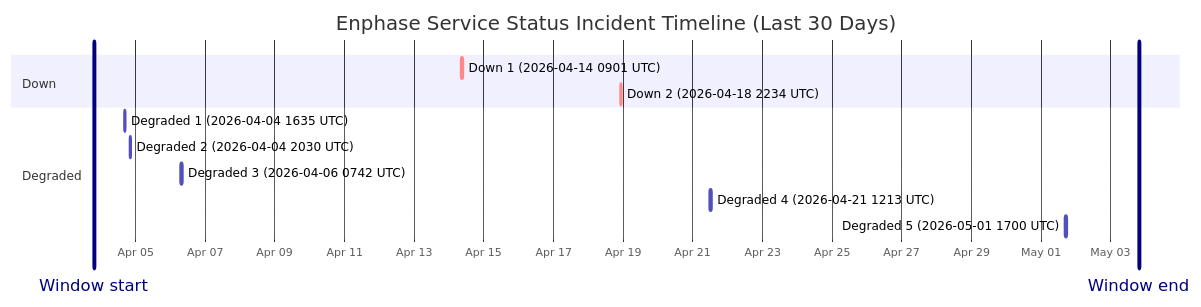
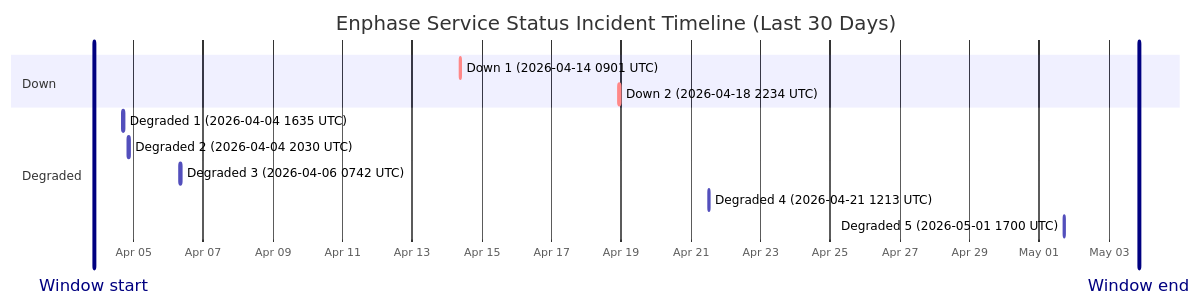
The diagram in wiki/Service-Status-History.md (barneyonline/ha-enphase-ev-charger), drawn with Mermaid before and after one commit. The commit also changed other lines of this file and 3 other files, not shown here.

````diff
--- a/wiki/Service-Status-History.md
+++ b/wiki/Service-Status-History.md
@@ -14,17 +14,17 @@
 ```mermaid
 gantt
     title Enphase Service Status Incident Timeline (Last 30 Days)
     dateFormat  YYYY-MM-DDTHH:mm:ss
     axisFormat  %b %d
-    Window start :vert, window-start, 2026-04-03T19:32:57, 0ms
-    Window end :vert, window-end, 2026-05-03T19:32:57, 0ms
+    Window start :vert, window-start, 2026-04-03T20:41:22, 0ms
+    Window end :vert, window-end, 2026-05-03T20:41:22, 0ms
     section Down
     Down 1 (2026-04-14 0901 UTC) :crit, down-1, 2026-04-14T09:01:13, 60m
     Down 2 (2026-04-18 2234 UTC) :crit, down-2, 2026-04-18T22:34:13, 60m
     section Degraded
     Degraded 1 (2026-04-04 1635 UTC) :active, degraded-1, 2026-04-04T16:35:17, 60m
     Degraded 2 (2026-04-04 2030 UTC) :active, degraded-2, 2026-04-04T20:30:40, 60m
     Degraded 3 (2026-04-06 0742 UTC) :active, degraded-3, 2026-04-06T07:42:09, 85m
     Degraded 4 (2026-04-21 1213 UTC) :active, degraded-4, 2026-04-21T12:13:11, 60m
     Degraded 5 (2026-05-01 1700 UTC) :active, degraded-5, 2026-05-01T17:00:22, 60m
 ```
````
